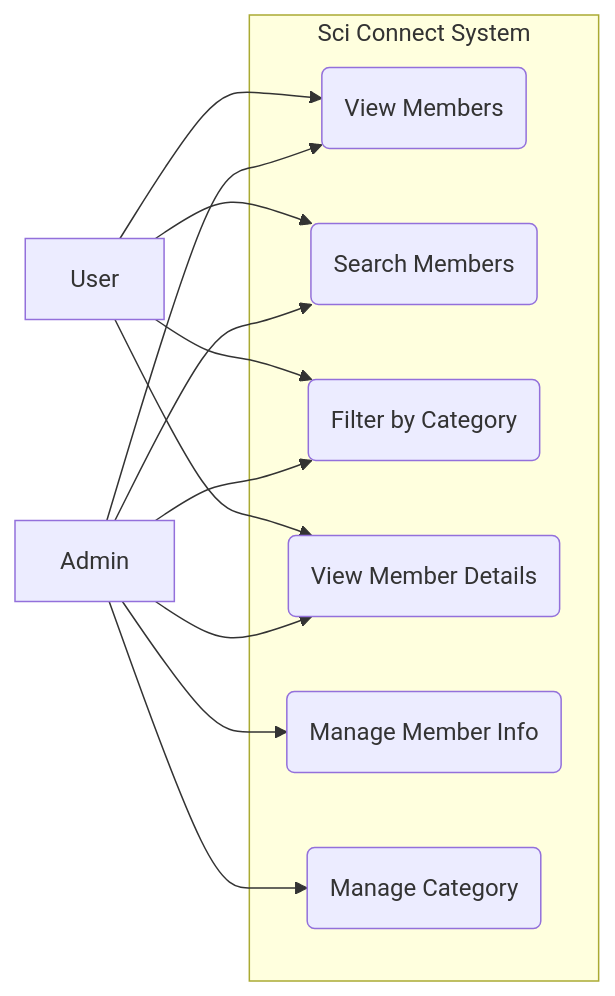
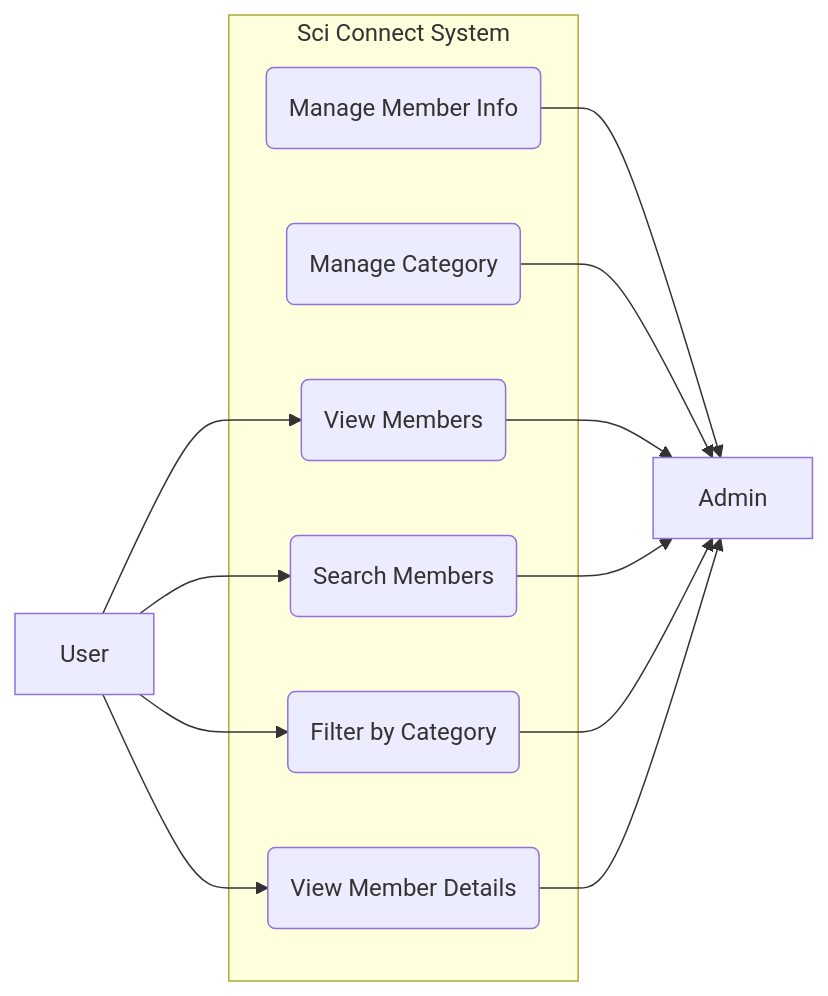
Before and after one commit to sirapopswu/sciconnect: the diagram in README.md, drawn with Mermaid. The commit also changed other lines of this file, not shown here.

````diff
--- a/README.md
+++ b/README.md
@@ -48,27 +48,27 @@
 ```mermaid
 flowchart LR
 
 User[User]
 Admin[Admin]
 
 subgraph Sci_Connect_System["Sci Connect System"]
     VM(View Members)
     SM(Search Members)
     FC(Filter by Category)
     VD(View Member Details)
     MM(Manage Member Info)
     MC(Manage Category)
 end
 
 User --> VM
 User --> SM
 User --> FC
 User --> VD
 
-Admin --> MM
-Admin --> MC
-Admin --> VM
-Admin --> SM
-Admin --> FC
-Admin --> VD
+MM --> Admin
+MC --> Admin
+VM --> Admin
+SM --> Admin
+FC --> Admin
+VD --> Admin
 ```
````
